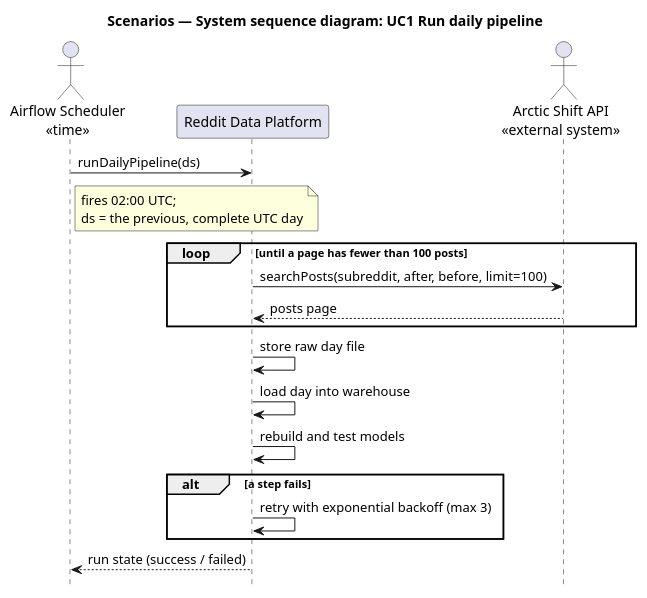
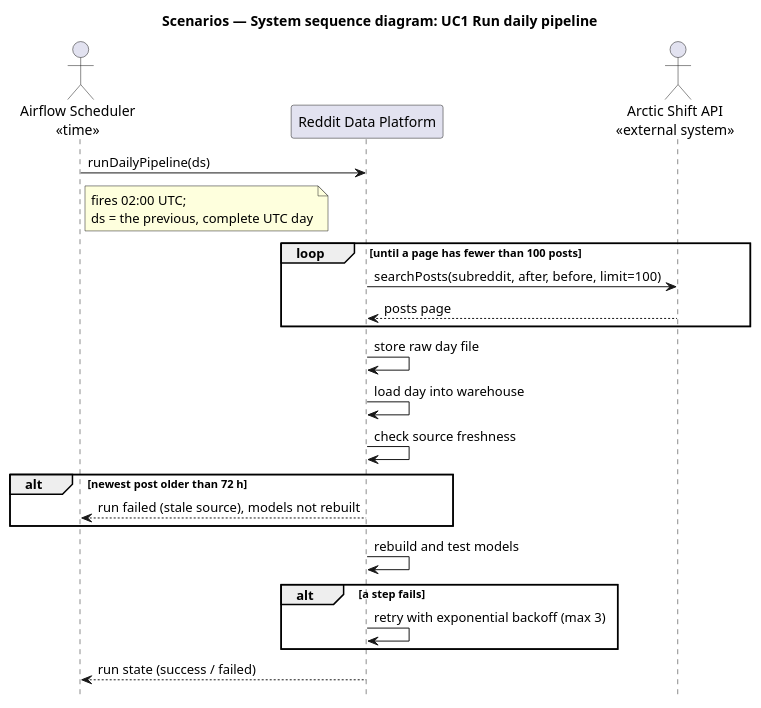
One commit to modsomjeed/reddit-dataeng changed the diagram in docs/architecture/diagrams/ssd-daily-pipeline.puml. Above: the diagram before and after it, drawn with PlantUML. The commit also changed 16 other files, not shown here.

Commit message:
docs(architecture): update views for dashboard, governance and freshness

```diff
--- a/docs/architecture/diagrams/ssd-daily-pipeline.puml
+++ b/docs/architecture/diagrams/ssd-daily-pipeline.puml
@@ -1,30 +1,36 @@
 @startuml ssd-daily-pipeline
 title Scenarios — System sequence diagram: UC1 Run daily pipeline
 skinparam shadowing false
 hide footbox
 
 actor "Airflow Scheduler\n<<time>>" as scheduler
 participant "Reddit Data Platform" as system
 actor "Arctic Shift API\n<<external system>>" as arctic
 
 scheduler -> system : runDailyPipeline(ds)
 note right of scheduler
   fires 02:00 UTC;
   ds = the previous, complete UTC day
 end note
 
 loop until a page has fewer than 100 posts
   system -> arctic : searchPosts(subreddit, after, before, limit=100)
   arctic --> system : posts page
 end
 
 system -> system : store raw day file
 system -> system : load day into warehouse
+system -> system : check source freshness
+
+alt newest post older than 72 h
+  system --> scheduler : run failed (stale source), models not rebuilt
+end
+
 system -> system : rebuild and test models
 
 alt a step fails
   system -> system : retry with exponential backoff (max 3)
 end
 
 system --> scheduler : run state (success / failed)
 @enduml
```
